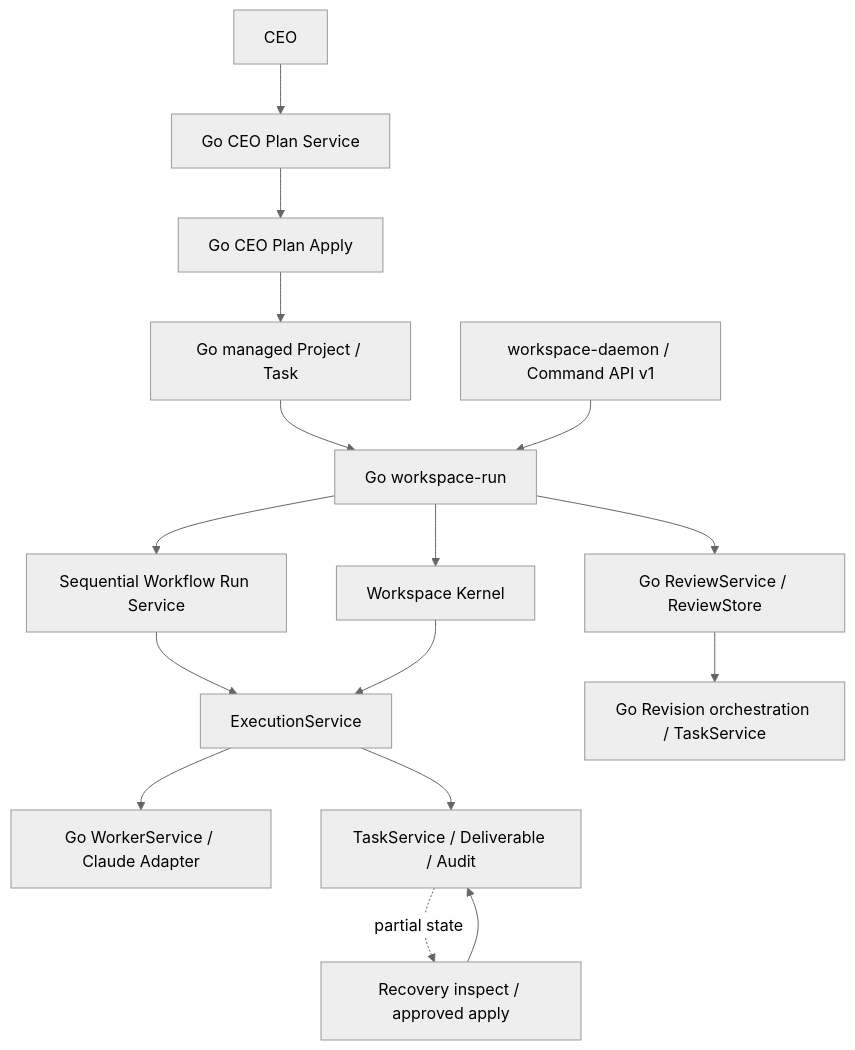
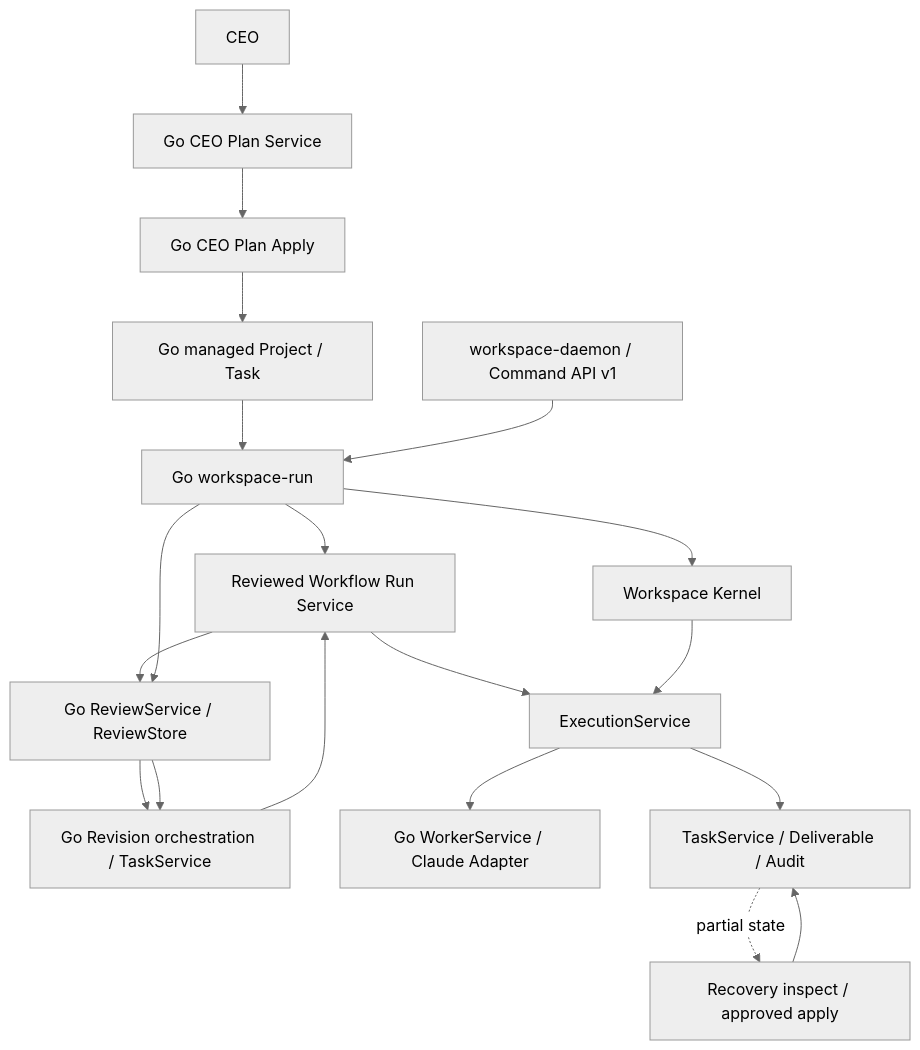
One commit to AkiraShimizu0/WorkCairn changed the diagram in docs/Architecture.md. Above: the diagram before and after it, drawn with Mermaid (neutral theme). The commit also changed other lines of this file and 31 other files, not shown here.

Commit message:
feat: add reviewed multi-task workflow branches

````diff
--- a/docs/Architecture.md
+++ b/docs/Architecture.md
@@ -9,18 +9,21 @@
 ```mermaid
 flowchart TD
     CEO["CEO"] --> Plan["Go CEO Plan Service"]
     Plan --> Apply["Go CEO Plan Apply"]
     Apply --> Workflow["Go managed Project / Task"]
     Workflow --> Run["Go workspace-run"]
     API["workspace-daemon / Command API v1"] --> Run
-    Run --> WorkflowRun["Sequential Workflow Run Service"]
+    Run --> WorkflowRun["Reviewed Workflow Run Service"]
     WorkflowRun --> Execution
+    WorkflowRun --> Review
+    Review --> Revision
+    Revision --> WorkflowRun
     Run --> Kernel["Workspace Kernel"]
     Kernel --> Execution["ExecutionService"]
     Execution --> GoWorker["Go WorkerService / Claude Adapter"]
     Execution --> Task["TaskService / Deliverable / Audit"]
     Task -. partial state .-> Recovery["Recovery inspect / approved apply"]
     Recovery --> Task
     Run --> Review["Go ReviewService / ReviewStore"]
     Review --> Revision["Go Revision orchestration / TaskService"]
 ```
````
